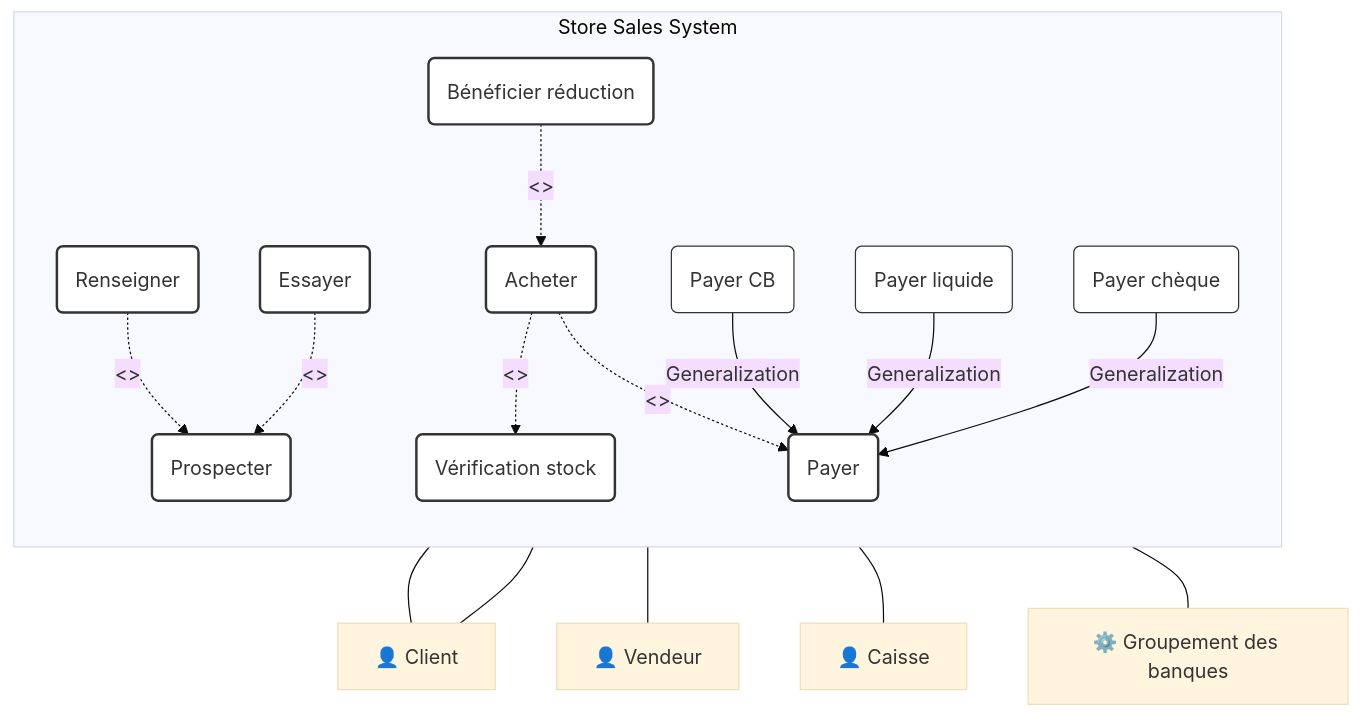
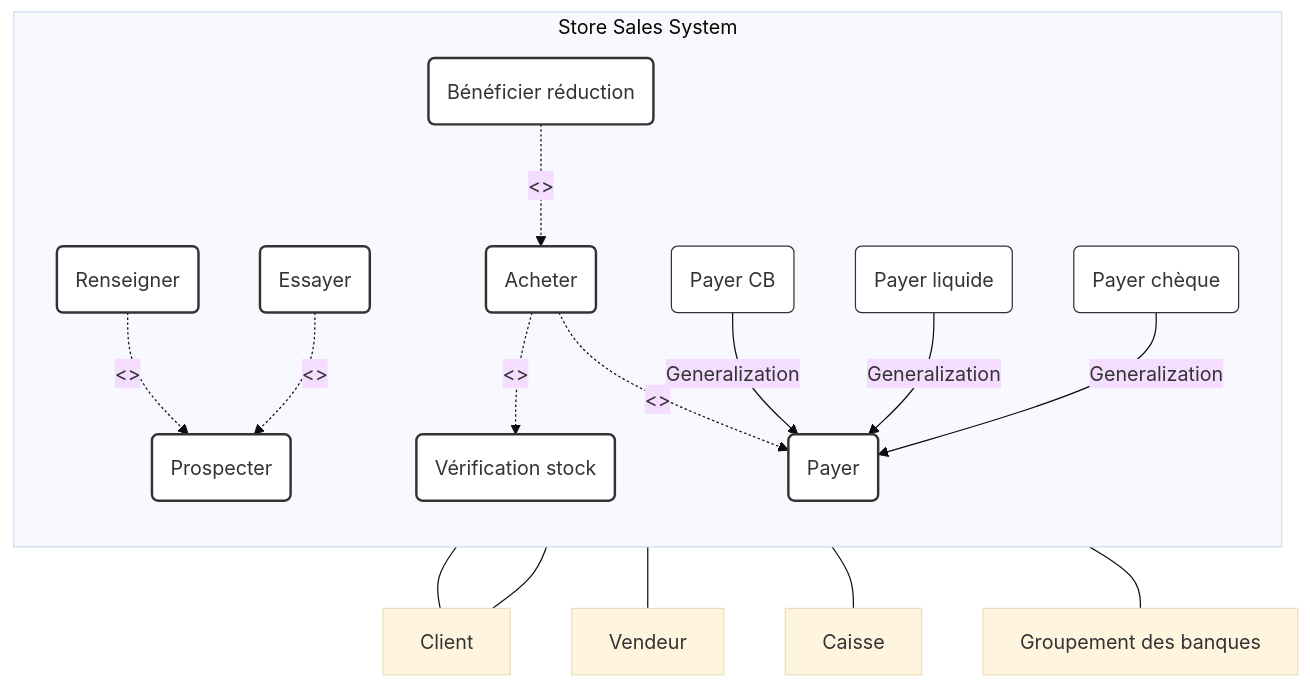
One commit to Vtheonly/Obsidian_Notes changed the fourth of 34 diagrams in Master 1/S2/Advanced Code Patterns/Chapter 1.1: Use Case Diagram/00100 Excercise.md. Above: the diagram before and after it, drawn with Mermaid (base theme). The commit also changed other lines of this file and 3934 other files, not shown here.

````diff
--- a/Master 1/S2/Advanced Code Patterns/Chapter 1.1: Use Case Diagram/00100 Excercise.md
+++ b/Master 1/S2/Advanced Code Patterns/Chapter 1.1: Use Case Diagram/00100 Excercise.md
@@ -212,42 +212,42 @@
 ```mermaid
 graph BT
     subgraph Store Sales System
         direction TB
         UC_Browse(Prospecter)
         UC_Info(Renseigner)
         UC_Try(Essayer)
         UC_Buy(Acheter)
         UC_Stock(Vérification stock)
         UC_Discount(Bénéficier réduction)
         UC_Pay(Payer)
         UC_PayCard(Payer CB)
         UC_PayCash(Payer liquide)
         UC_PayCheck(Payer chèque)
         
         UC_Info -.->|<<extend>>| UC_Browse
         UC_Try -.->|<<extend>>| UC_Browse
         UC_Buy -.->|<<include>>| UC_Stock
         UC_Buy -.->|<<include>>| UC_Pay
         UC_Discount -.->|<<extend>>| UC_Buy
         UC_PayCard -->|Generalization| UC_Pay
         UC_PayCash -->|Generalization| UC_Pay
         UC_PayCheck -->|Generalization| UC_Pay
     end
     
-    A_Client["👤 Client"] --- UC_Browse
+    A_Client[" Client"] --- UC_Browse
     A_Client --- UC_Buy
-    A_Seller["👤 Vendeur"] --- UC_Info
-    A_Cashier["👤 Caisse"] --- UC_Pay
-    A_Banks["⚙️ Groupement des banques"] --- UC_PayCard
+    A_Seller[" Vendeur"] --- UC_Info
+    A_Cashier[" Caisse"] --- UC_Pay
+    A_Banks[" Groupement des banques"] --- UC_PayCard
     
     style UC_Browse fill:#fff,stroke:#333,stroke-width:2px;
     style UC_Info fill:#fff,stroke:#333,stroke-width:2px;
     style UC_Try fill:#fff,stroke:#333,stroke-width:2px;
     style UC_Buy fill:#fff,stroke:#333,stroke-width:2px;
     style UC_Stock fill:#fff,stroke:#333,stroke-width:2px;
     style UC_Discount fill:#fff,stroke:#333,stroke-width:2px;
     style UC_Pay fill:#fff,stroke:#333,stroke-width:2px;
     style UC_PayCard fill:#fff,stroke:#333,stroke-width:1px;
     style UC_PayCash fill:#fff,stroke:#333,stroke-width:1px;
     style UC_PayCheck fill:#fff,stroke:#333,stroke-width:1px;
 ```
````
